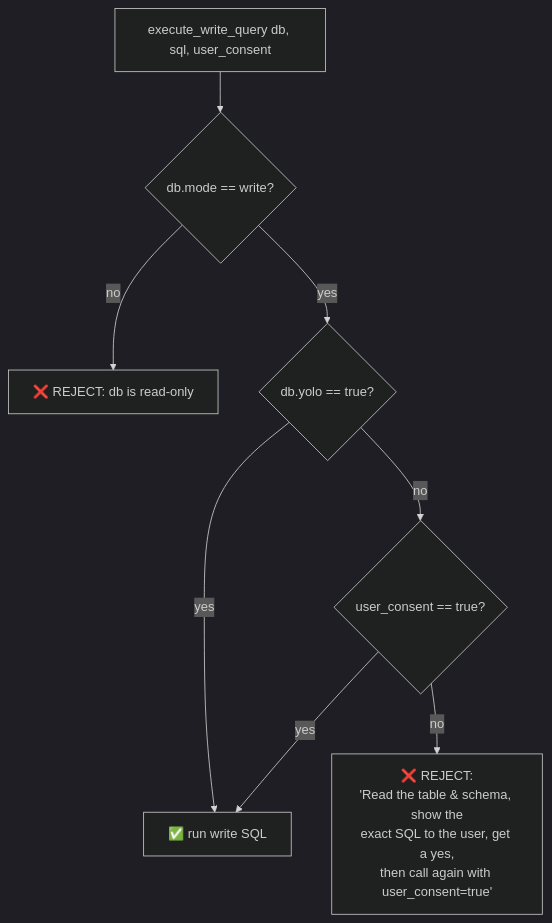
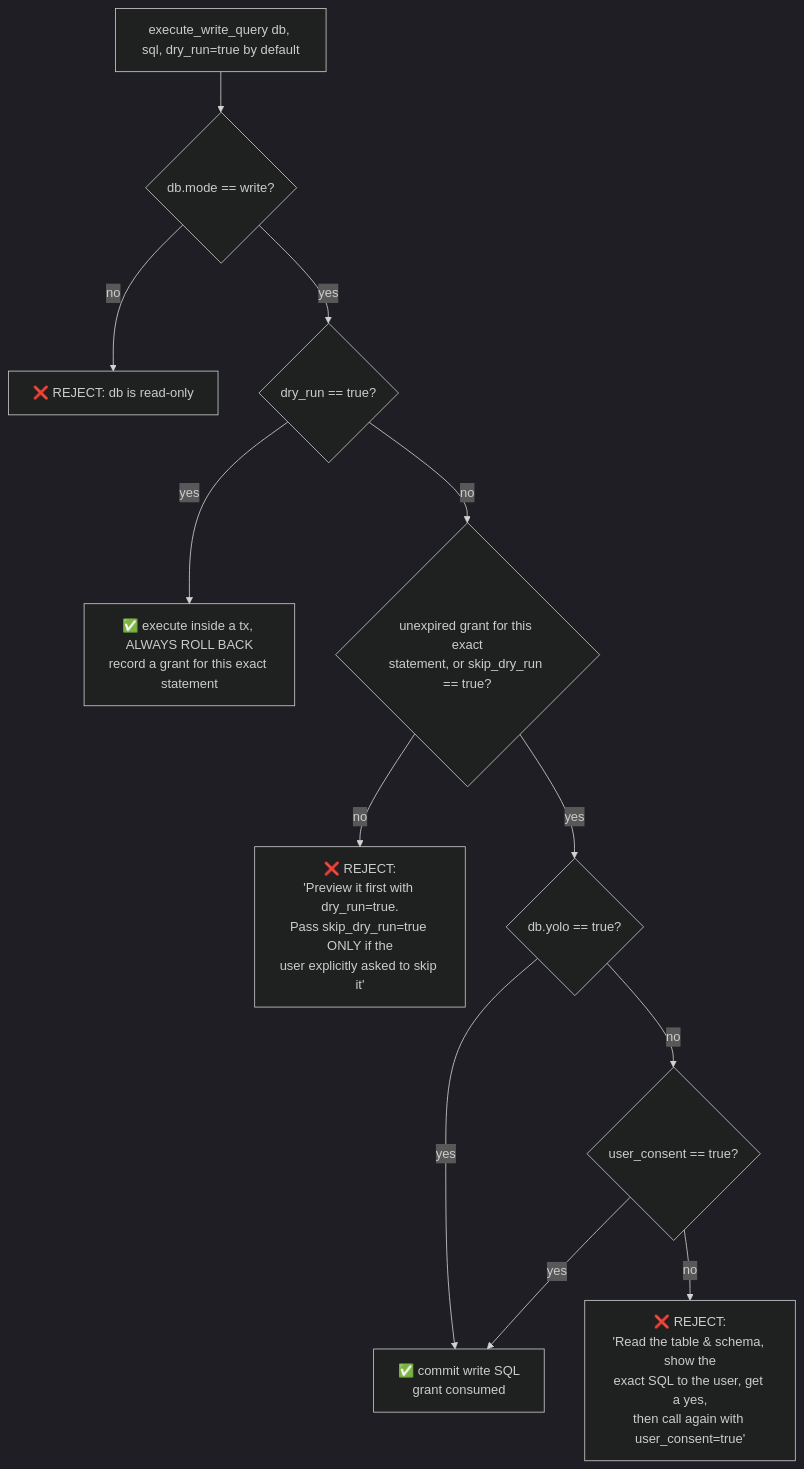
The third of 7 diagrams in docs/ARCHITECTURE.md (Idle-Sync/db-conn-mcp), drawn with Mermaid (dark theme) before and after one commit. The commit also changed other lines of this file and 5 other files, not shown here.

Commit message:
Document the dry-run-first write gate in the rules and docs

````diff
--- a/docs/ARCHITECTURE.md
+++ b/docs/ARCHITECTURE.md
@@ -160,10 +162,14 @@
 ```mermaid
 flowchart TD
-    A[execute_write_query db, sql, user_consent] --> B{db.mode == write?}
+    A[execute_write_query db, sql, dry_run=true by default] --> B{db.mode == write?}
     B -- no --> R1[❌ REJECT: db is read-only]
-    B -- yes --> C{db.yolo == true?}
-    C -- yes --> RUN[✅ run write SQL]
+    B -- yes --> P{dry_run == true?}
+    P -- yes --> PRE[✅ execute inside a tx, ALWAYS ROLL BACK<br/>record a grant for this exact statement]
+    P -- no --> G{unexpired grant for this exact<br/>statement, or skip_dry_run == true?}
+    G -- no --> R0[❌ REJECT:<br/>'Preview it first with dry_run=true.<br/>Pass skip_dry_run=true ONLY if the<br/>user explicitly asked to skip it']
+    G -- yes --> C{db.yolo == true?}
+    C -- yes --> RUN[✅ commit write SQL<br/>grant consumed]
     C -- no --> D{user_consent == true?}
     D -- yes --> RUN
     D -- no --> R2[❌ REJECT:<br/>'Read the table & schema, show the<br/>exact SQL to the user, get a yes,<br/>then call again with user_consent=true']
 ```
````
